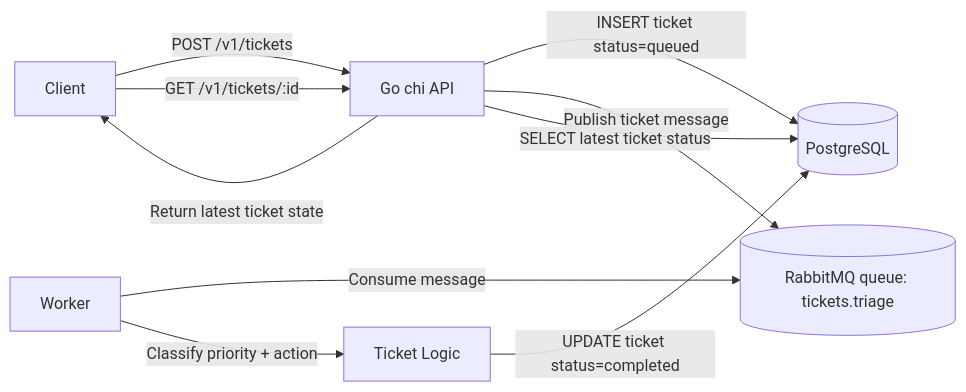
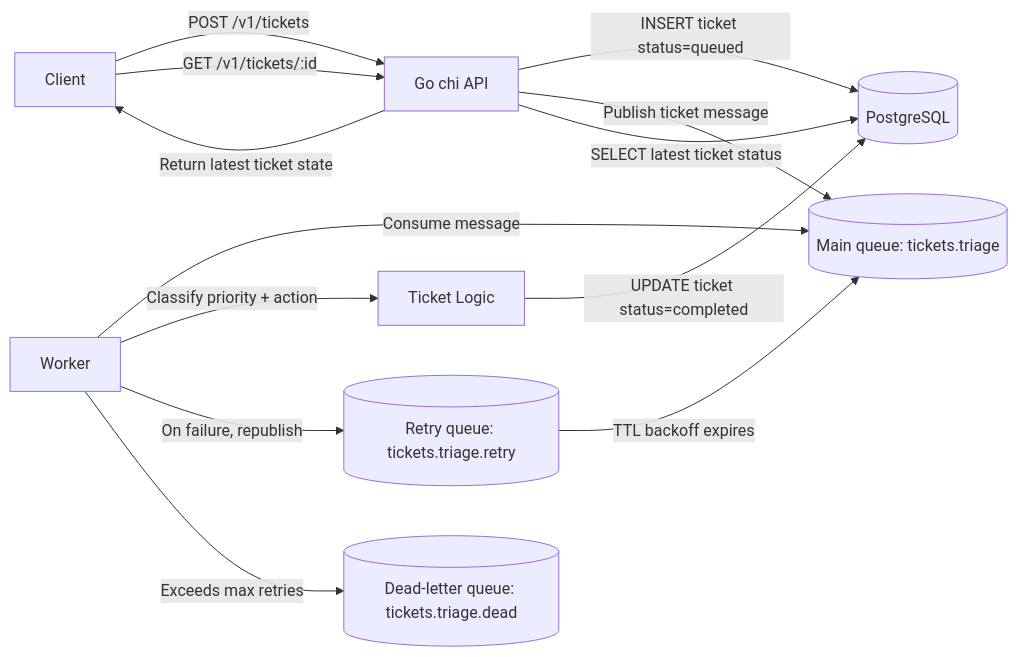
One commit to sandeepkv93/rabbitamq-queuecraft changed the diagram in README.md. Above: the diagram before and after it, drawn with Mermaid. The commit also changed other lines of this file and 7 other files, not shown here.

Commit message:
Support Dead Letter Queue

````diff
--- a/README.md
+++ b/README.md
@@ -12,12 +12,15 @@
 ```mermaid
 flowchart LR
     C[Client] -->|POST /v1/tickets| API[Go chi API]
     API -->|INSERT ticket status=queued| DB[(PostgreSQL)]
-    API -->|Publish ticket message| Q[(RabbitMQ queue: tickets.triage)]
+    API -->|Publish ticket message| Q[(Main queue: tickets.triage)]
     W[Worker] -->|Consume message| Q
     W -->|Classify priority + action| L[Ticket Logic]
+    W -->|On failure, republish| R[(Retry queue: tickets.triage.retry)]
+    R -->|TTL backoff expires| Q
+    W -->|Exceeds max retries| D[(Dead-letter queue: tickets.triage.dead)]
     L -->|UPDATE ticket status=completed| DB
     C -->|GET /v1/tickets/:id| API
     API -->|SELECT latest ticket status| DB
     API -->|Return latest ticket state| C
 ```
````
